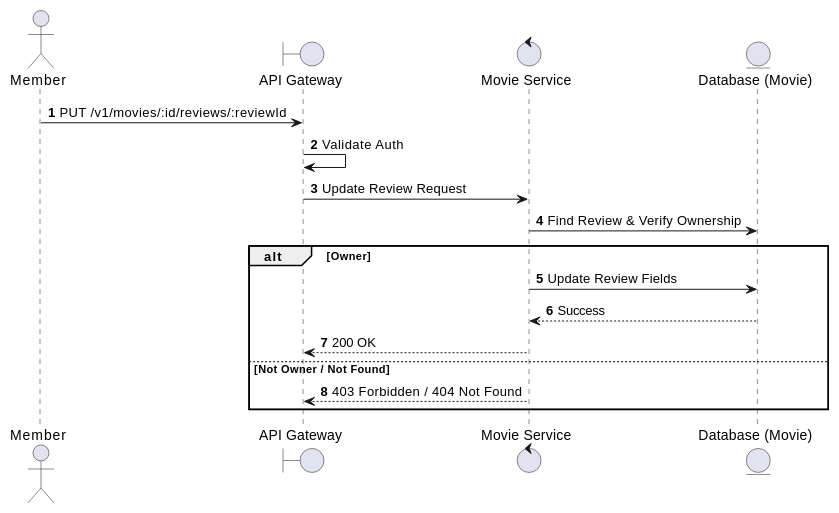
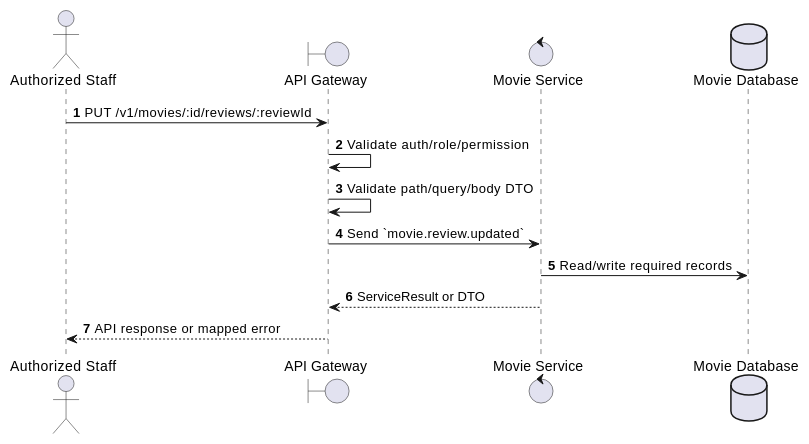
The first of 2 diagrams in docs/functional_specs/3.3.4_Movie_Reviews/RV-04_Update_Review.md (Tanh1603/movie-hub-architecture), drawn with PlantUML before and after one commit. The commit also changed other lines of this file and 126 other files, not shown here.

````diff
--- a/docs/functional_specs/3.3.4_Movie_Reviews/RV-04_Update_Review.md
+++ b/docs/functional_specs/3.3.4_Movie_Reviews/RV-04_Update_Review.md
@@ -17,21 +17,17 @@
 ```plantuml
 @startuml
 autonumber
-actor Member
+actor "Authorized Staff" as Actor
 boundary "API Gateway" as GW
-control "Movie Service" as MS
-entity "Database (Movie)" as DB
+control "Movie Service" as SVC
+database "Movie Database" as DB
 
-Member -> GW: PUT /v1/movies/:id/reviews/:reviewId
-GW -> GW: Validate Auth
-GW -> MS: Update Review Request
-MS -> DB: Find Review & Verify Ownership
-alt Owner
-    MS -> DB: Update Review Fields
-    DB --> MS: Success
-    MS --> GW: 200 OK
-else Not Owner / Not Found
-    MS --> GW: 403 Forbidden / 404 Not Found
-end
+Actor -> GW: PUT /v1/movies/:id/reviews/:reviewId
+GW -> GW: Validate auth/role/permission
+GW -> GW: Validate path/query/body DTO
+GW -> SVC: Send `movie.review.updated`
+SVC -> DB: Read/write required records
+SVC --> GW: ServiceResult or DTO
+GW --> Actor: API response or mapped error
 @enduml
 ```
````
